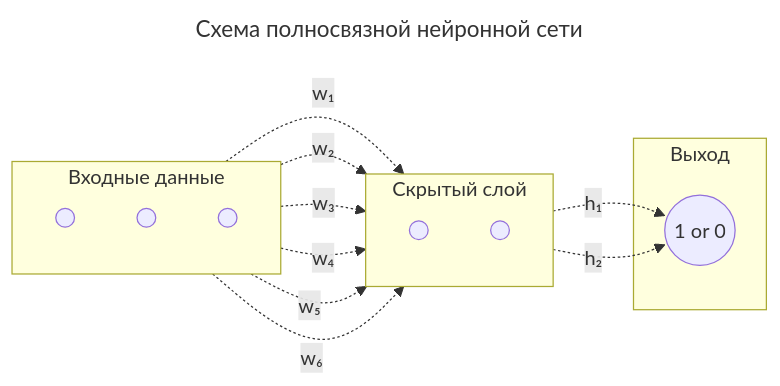
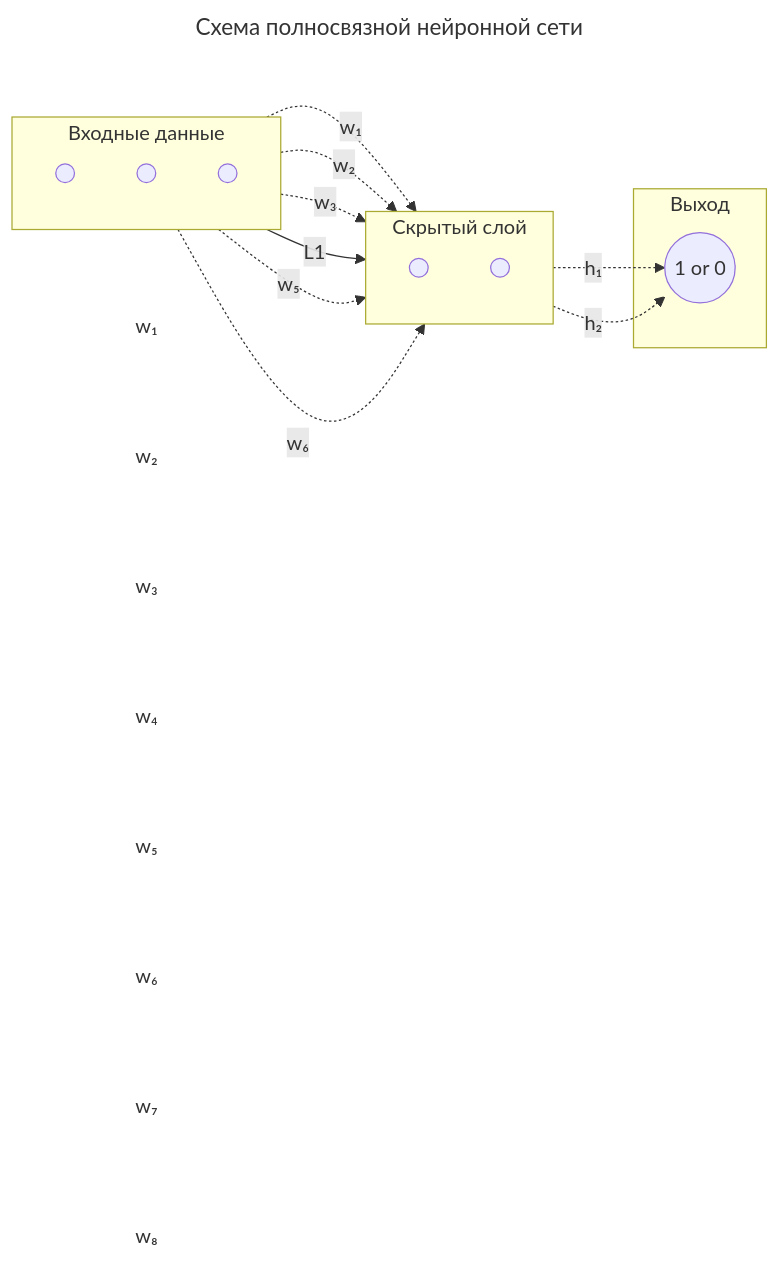
The diagram in readme.md (denisbolshakoff/Automation_of_prereview_of_scientific_manuscripts), drawn with Mermaid before and after one commit.

Commit message:
исправлен readme.md файл

````diff
--- a/readme.md
+++ b/readme.md
@@ -29,40 +29,49 @@
 ```mermaid
 ---
 title: Схема полносвязной нейронной сети
 ---
 
 graph LR
 
 classDef nofill fill:none, stroke:none;
 
 
     subgraph Clients[Входные данные]
         direction TB
 	 A1((" ")) 
 	 A2((" "))
 	 A3((" "))
  	end
 
 	subgraph Hidden[Скрытый слой]
 	direction TB
 	 B1((" "))
 	 B2((" "))
 	end
 
 	subgraph exit[Выход]
 	 C1(("1 or 0"))
 	end
 
 
 	 A1((" ")) -.w₁.-> B1((" "))
 	 A2((" ")) -.w₂.-> B1
 	 A3((" ")) -.w₃.-> B1
 
-	 A1-.w₄.->B2((" "))
+	 A1--L1-->B2((" "))
 	 A2-.w₅.->B2
 	 A3-.w₆.->B2
 
 
 	 B1-.h₁.->C1(("1 or 0"))
 	 B2-.h₂.->C1
+
+	L1["w₁"]:::nofill
+	L2["w₂"]:::nofill
+	L3["w₃"]:::nofill
+	L4["w₄"]:::nofill
+	L5["w₅"]:::nofill
+	L6["w₆"]:::nofill
+	L7["w₇"]:::nofill
+	L8["w₈"]:::nofill
 ```
````
